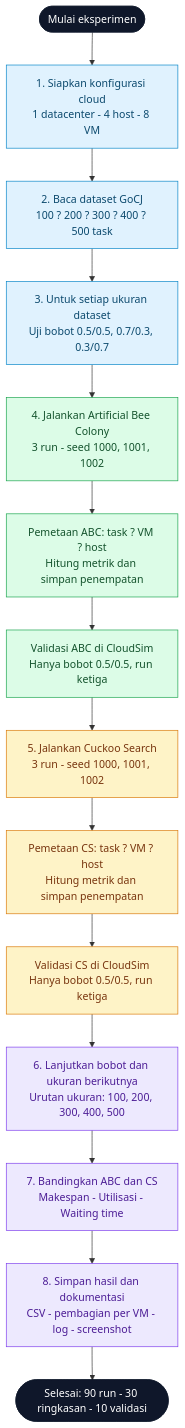
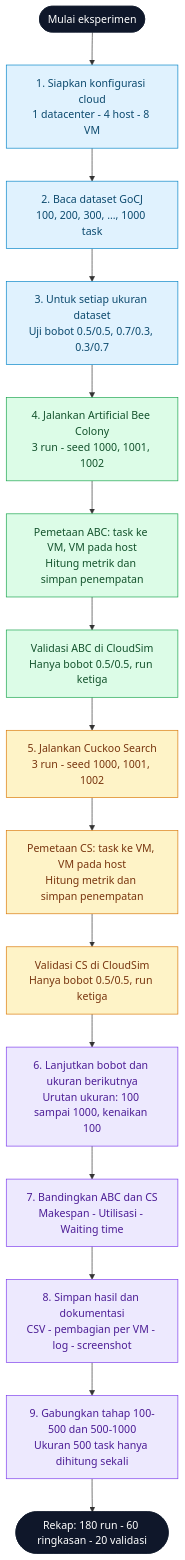
Before and after one commit to tiarafthzzhr/Kelompok5_SOKA_Metaheuristik: the diagram in README.md, drawn with Mermaid. The commit also changed other lines of this file and 1 other file, not shown here.

Commit message:
Sesuaikan alur eksperimen untuk 100-1000 task

````diff
--- a/README.md
+++ b/README.md
@@ -44,27 +44,28 @@
 ```mermaid
 flowchart TD
     START([Mulai eksperimen]) --> CONFIG["1. Siapkan konfigurasi cloud<br/>1 datacenter - 4 host - 8 VM"]
-    CONFIG --> DATA["2. Baca dataset GoCJ<br/>100 ? 200 ? 300 ? 400 ? 500 task"]
+    CONFIG --> DATA["2. Baca dataset GoCJ<br/>100, 200, 300, ..., 1000 task"]
     DATA --> SETUP["3. Untuk setiap ukuran dataset<br/>Uji bobot 0.5/0.5, 0.7/0.3, 0.3/0.7"]
     SETUP --> ABC["4. Jalankan Artificial Bee Colony<br/>3 run - seed 1000, 1001, 1002"]
-    ABC --> ABCMAP["Pemetaan ABC: task ? VM ? host<br/>Hitung metrik dan simpan penempatan"]
+    ABC --> ABCMAP["Pemetaan ABC: task ke VM, VM pada host<br/>Hitung metrik dan simpan penempatan"]
     ABCMAP --> ABCVAL["Validasi ABC di CloudSim<br/>Hanya bobot 0.5/0.5, run ketiga"]
     ABCVAL --> CS["5. Jalankan Cuckoo Search<br/>3 run - seed 1000, 1001, 1002"]
-    CS --> CSMAP["Pemetaan CS: task ? VM ? host<br/>Hitung metrik dan simpan penempatan"]
+    CS --> CSMAP["Pemetaan CS: task ke VM, VM pada host<br/>Hitung metrik dan simpan penempatan"]
     CSMAP --> CSVAL["Validasi CS di CloudSim<br/>Hanya bobot 0.5/0.5, run ketiga"]
-    CSVAL --> REPEAT["6. Lanjutkan bobot dan ukuran berikutnya<br/>Urutan ukuran: 100, 200, 300, 400, 500"]
+    CSVAL --> REPEAT["6. Lanjutkan bobot dan ukuran berikutnya<br/>Urutan ukuran: 100 sampai 1000, kenaikan 100"]
     REPEAT --> OUTPUT["7. Bandingkan ABC dan CS<br/>Makespan - Utilisasi - Waiting time"]
     OUTPUT --> FILES["8. Simpan hasil dan dokumentasi<br/>CSV - pembagian per VM - log - screenshot"]
-    FILES --> END([Selesai: 90 run - 30 ringkasan - 10 validasi])
+    FILES --> MERGE["9. Gabungkan tahap 100-500 dan 500-1000<br/>Ukuran 500 task hanya dihitung sekali"]
+    MERGE --> END([Rekap: 180 run - 60 ringkasan - 20 validasi])
 
     classDef startEnd fill:#0f172a,color:#ffffff,stroke:#0f172a;
     classDef setup fill:#e0f2fe,color:#0c4a6e,stroke:#0284c7;
     classDef abc fill:#dcfce7,color:#14532d,stroke:#16a34a;
     classDef cs fill:#fef3c7,color:#78350f,stroke:#d97706;
     classDef output fill:#ede9fe,color:#4c1d95,stroke:#7c3aed;
     class START,END startEnd;
     class CONFIG,DATA,SETUP setup;
     class ABC,ABCMAP,ABCVAL abc;
     class CS,CSMAP,CSVAL cs;
-    class REPEAT,OUTPUT,FILES output;
+    class REPEAT,OUTPUT,FILES,MERGE output;
 ```
````
